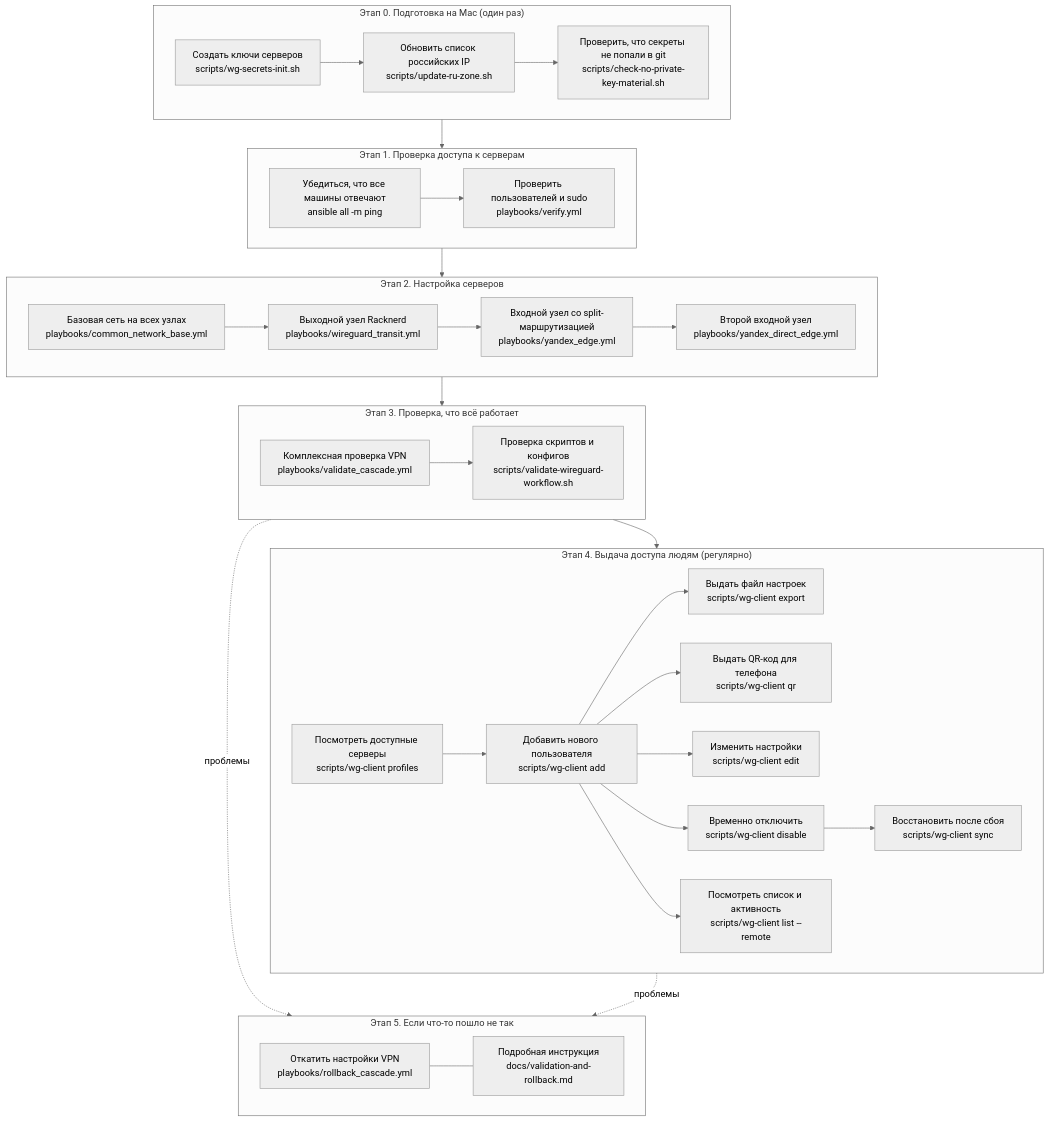
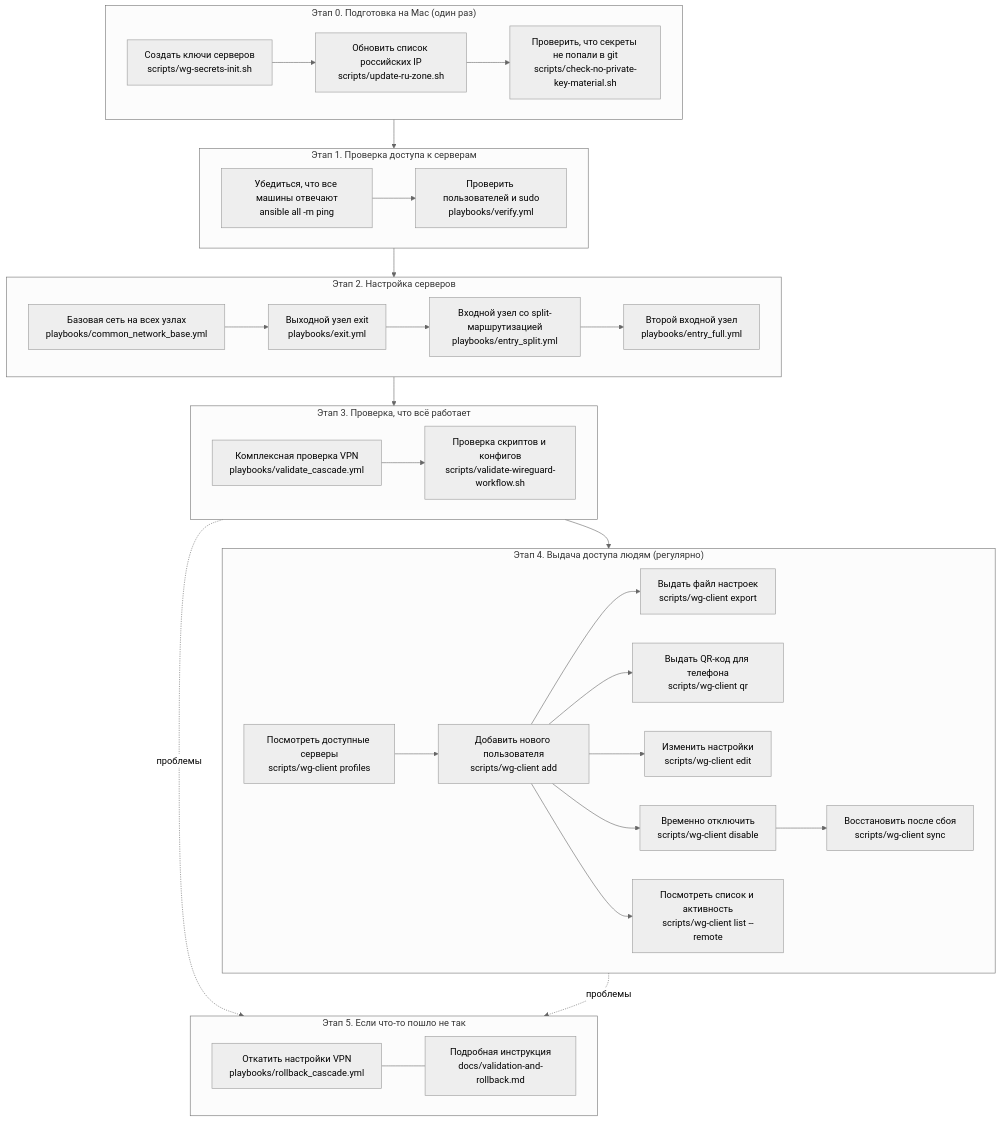
Before and after one commit to ca11mebaraka/vpn-gen: the seventh of 7 diagrams in ansible/README.md, drawn with Mermaid (neutral theme). The commit also changed other lines of this file and 74 other files, not shown here.

First line of the commit message:
Refactor to entry/exit model and add Russian docs with quick start.

````diff
--- a/ansible/README.md
+++ b/ansible/README.md
@@ -9,56 +385,56 @@
 ```mermaid
 flowchart TB
     subgraph stage0["Этап 0. Подготовка на Mac (один раз)"]
         S0A["Создать ключи серверов<br/>scripts/wg-secrets-init.sh"]
         S0B["Обновить список российских IP<br/>scripts/update-ru-zone.sh"]
         S0C["Проверить, что секреты не попали в git<br/>scripts/check-no-private-key-material.sh"]
         S0A --> S0B --> S0C
     end
 
     subgraph stage1["Этап 1. Проверка доступа к серверам"]
         S1A["Убедиться, что все машины отвечают<br/>ansible all -m ping"]
         S1B["Проверить пользователей и sudo<br/>playbooks/verify.yml"]
         S1A --> S1B
     end
 
     subgraph stage2["Этап 2. Настройка серверов"]
         S2A["Базовая сеть на всех узлах<br/>playbooks/common_network_base.yml"]
-        S2B["Выходной узел Racknerd<br/>playbooks/wireguard_transit.yml"]
-        S2C["Входной узел со split-маршрутизацией<br/>playbooks/yandex_edge.yml"]
-        S2D["Второй входной узел<br/>playbooks/yandex_direct_edge.yml"]
+        S2B["Выходной узел exit<br/>playbooks/exit.yml"]
+        S2C["Входной узел со split-маршрутизацией<br/>playbooks/entry_split.yml"]
+        S2D["Второй входной узел<br/>playbooks/entry_full.yml"]
         S2A --> S2B --> S2C --> S2D
     end
 
     subgraph stage3["Этап 3. Проверка, что всё работает"]
         S3A["Комплексная проверка VPN<br/>playbooks/validate_cascade.yml"]
         S3B["Проверка скриптов и конфигов<br/>scripts/validate-wireguard-workflow.sh"]
         S3A --> S3B
     end
 
     subgraph stage4["Этап 4. Выдача доступа людям (регулярно)"]
         S4A["Посмотреть доступные серверы<br/>scripts/wg-client profiles"]
         S4B["Добавить нового пользователя<br/>scripts/wg-client add"]
         S4C["Выдать файл настроек<br/>scripts/wg-client export"]
         S4D["Выдать QR-код для телефона<br/>scripts/wg-client qr"]
         S4E["Изменить настройки<br/>scripts/wg-client edit"]
         S4F["Временно отключить<br/>scripts/wg-client disable"]
         S4G["Посмотреть список и активность<br/>scripts/wg-client list --remote"]
         S4H["Восстановить после сбоя<br/>scripts/wg-client sync"]
         S4A --> S4B --> S4C
         S4B --> S4D
         S4B --> S4E
         S4B --> S4F
         S4B --> S4G
         S4F --> S4H
     end
 
     subgraph stage5["Этап 5. Если что-то пошло не так"]
         S5A["Откатить настройки VPN<br/>playbooks/rollback_cascade.yml"]
         S5B["Подробная инструкция<br/>docs/validation-and-rollback.md"]
         S5A --- S5B
     end
 
     stage0 --> stage1 --> stage2 --> stage3 --> stage4
     stage3 -.->|"проблемы"| stage5
     stage4 -.->|"проблемы"| stage5
 ```
````
